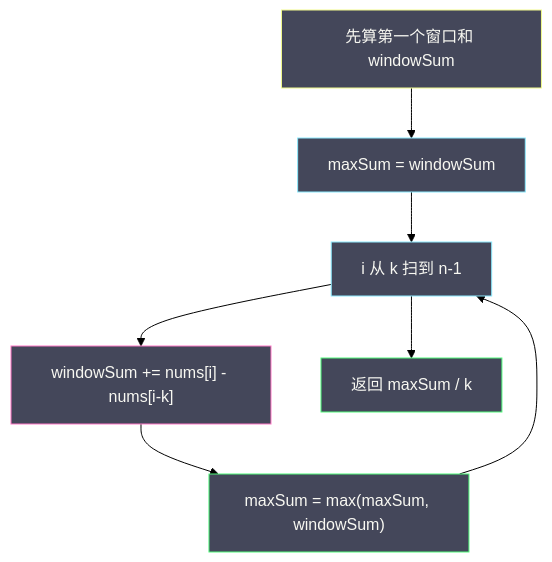
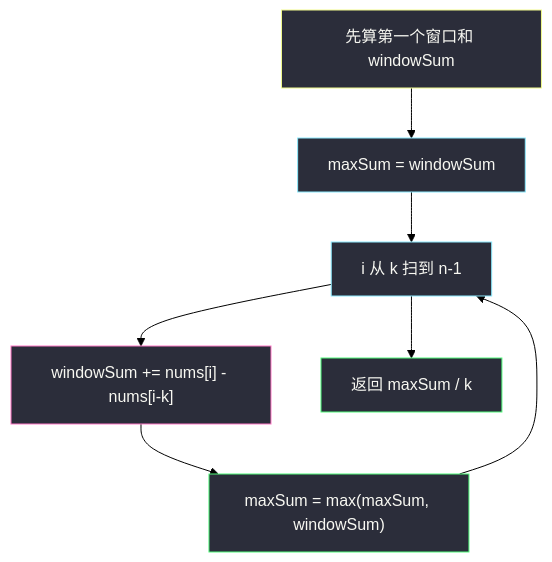
One commit to socoo123/algorithm_pratices_web changed the first of 3 diagrams in solutions/base/maximum-average-subarray-i.md. Above: the diagram before and after it, drawn with Mermaid (forest theme). The commit also changed other lines of this file and 10 other files, not shown here.

First line of the commit message:
Fix Mermaid contrast on parchment theme and add #438 solution.

````diff
--- a/solutions/base/maximum-average-subarray-i.md
+++ b/solutions/base/maximum-average-subarray-i.md
@@ -94,16 +94,16 @@
 ```mermaid
 flowchart TD
     A["先算第一个窗口和 windowSum"] --> B["maxSum = windowSum"]
     B --> C["i 从 k 扫到 n-1"]
     C --> D["windowSum += nums[i] - nums[i-k]"]
     D --> E["maxSum = max(maxSum, windowSum)"]
     E --> C
     C --> F["返回 maxSum / k"]
 
-    style A fill:#44475a,stroke:#f1fa8c,color:#f8f8f2
-    style B fill:#44475a,stroke:#8be9fd,color:#f8f8f2
-    style C fill:#44475a,stroke:#8be9fd,color:#f8f8f2
-    style D fill:#44475a,stroke:#ff79c6,color:#f8f8f2
-    style E fill:#44475a,stroke:#50fa7b,color:#f8f8f2
-    style F fill:#44475a,stroke:#50fa7b,color:#f8f8f2
+    style A fill:#2b2d3a,stroke:#f1fa8c,color:#f8f8f2
+    style B fill:#2b2d3a,stroke:#8be9fd,color:#f8f8f2
+    style C fill:#2b2d3a,stroke:#8be9fd,color:#f8f8f2
+    style D fill:#2b2d3a,stroke:#ff79c6,color:#f8f8f2
+    style E fill:#2b2d3a,stroke:#50fa7b,color:#f8f8f2
+    style F fill:#2b2d3a,stroke:#50fa7b,color:#f8f8f2
 ```
````
